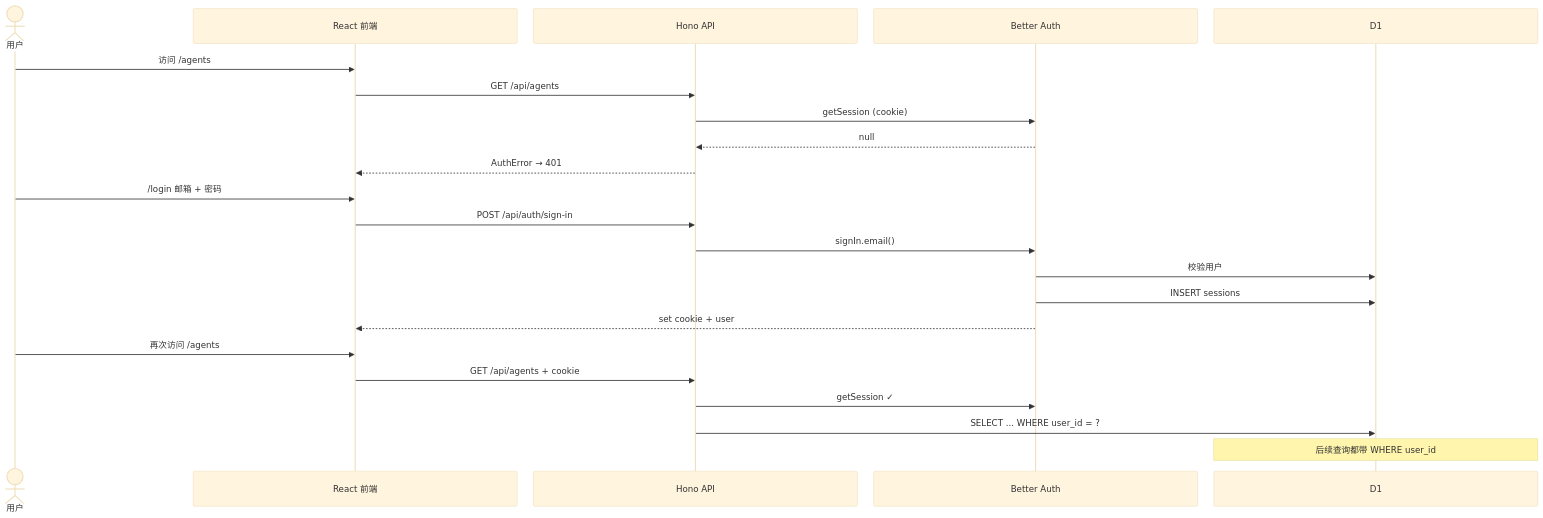
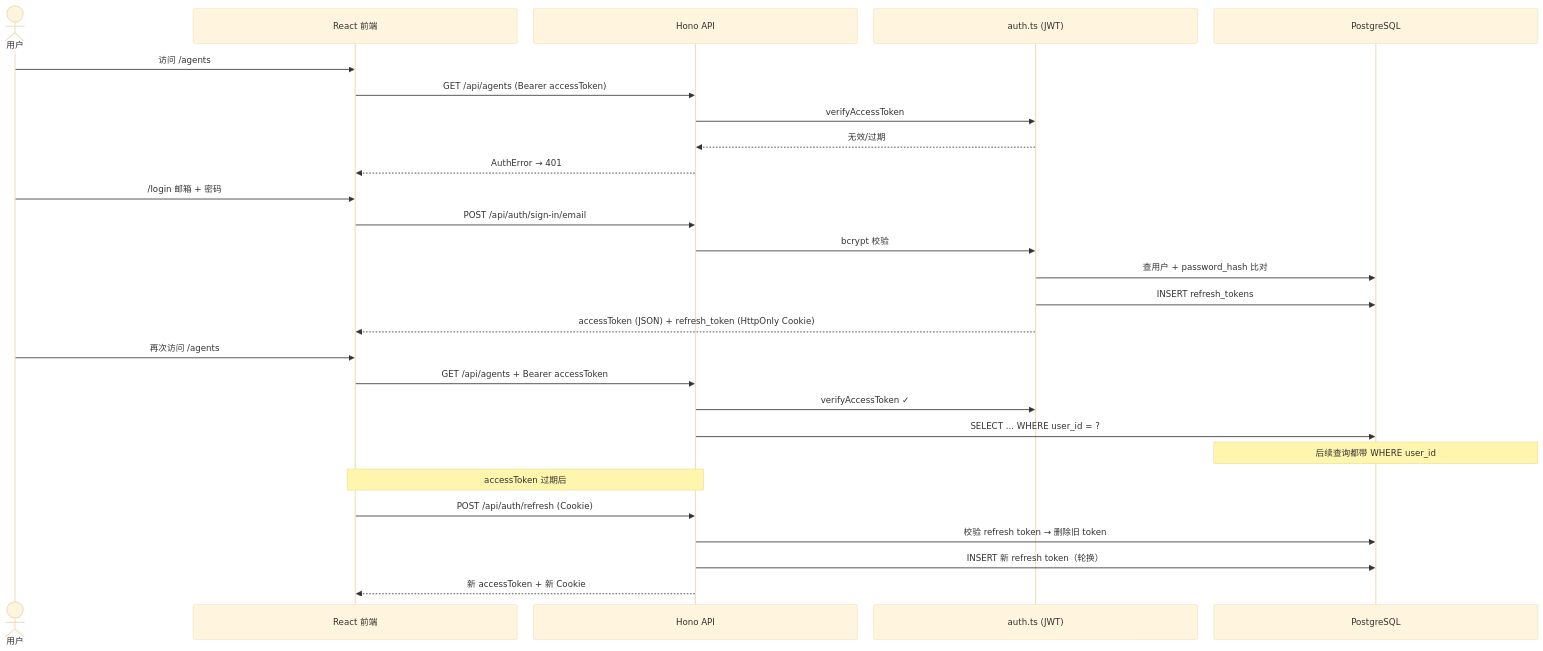
Before and after one commit to xCreat0r/simple-ai-agent-plateform: the seventh of 7 diagrams in docs/architecture.md, drawn with Mermaid. The commit also changed other lines of this file and 1 other file, not shown here.

````diff
--- a/docs/architecture.md
+++ b/docs/architecture.md
@@ -461,29 +481,35 @@
 ```mermaid
 %%{init: {'theme': 'base', 'themeVariables': {'fontSize': '10px'}, 'sequence': {'width': 600, 'actorMargin': 30, 'messageMargin': 18}}}%%
 sequenceDiagram
     actor U as 用户
     participant B as React 前端
     participant API as Hono API
-    participant Auth as Better Auth
-    participant DB as D1
+    participant Auth as auth.ts (JWT)
+    participant DB as PostgreSQL
 
     U->>B: 访问 /agents
-    B->>API: GET /api/agents
-    API->>Auth: getSession (cookie)
-    Auth-->>API: null
+    B->>API: GET /api/agents (Bearer accessToken)
+    API->>Auth: verifyAccessToken
+    Auth-->>API: 无效/过期
     API-->>B: AuthError → 401
 
     U->>B: /login 邮箱 + 密码
-    B->>API: POST /api/auth/sign-in
-    API->>Auth: signIn.email()
-    Auth->>DB: 校验用户
-    Auth->>DB: INSERT sessions
-    Auth-->>B: set cookie + user
+    B->>API: POST /api/auth/sign-in/email
+    API->>Auth: bcrypt 校验
+    Auth->>DB: 查用户 + password_hash 比对
+    Auth->>DB: INSERT refresh_tokens
+    Auth-->>B: accessToken (JSON) + refresh_token (HttpOnly Cookie)
 
     U->>B: 再次访问 /agents
-    B->>API: GET /api/agents + cookie
-    API->>Auth: getSession ✓
+    B->>API: GET /api/agents + Bearer accessToken
+    API->>Auth: verifyAccessToken ✓
     API->>DB: SELECT ... WHERE user_id = ?
 
     Note over DB: 后续查询都带 WHERE user_id
+
+    Note over B,API: accessToken 过期后
+    B->>API: POST /api/auth/refresh (Cookie)
+    API->>DB: 校验 refresh token → 删除旧 token
+    API->>DB: INSERT 新 refresh token（轮换）
+    API-->>B: 新 accessToken + 新 Cookie
 ```
````
